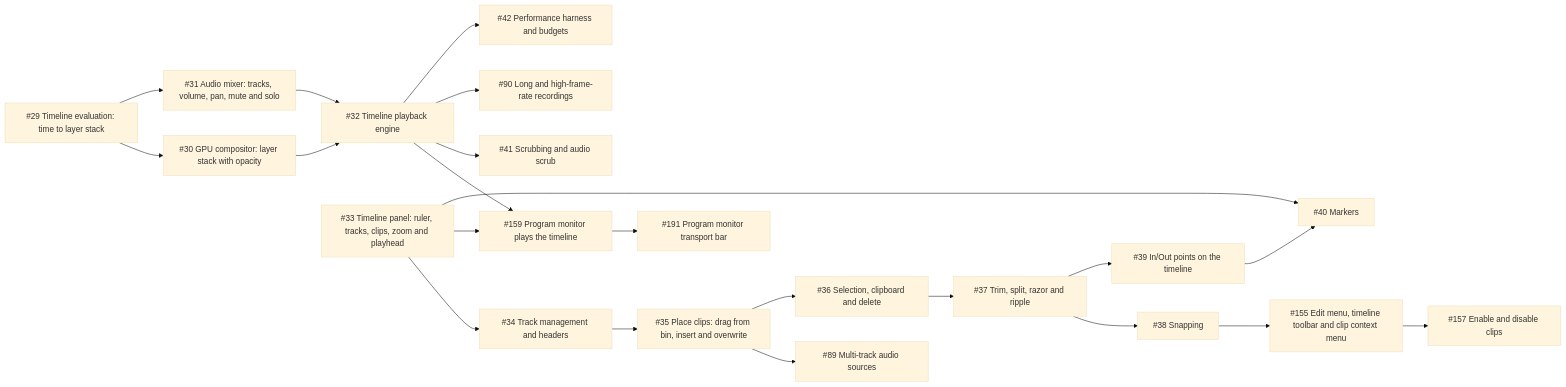
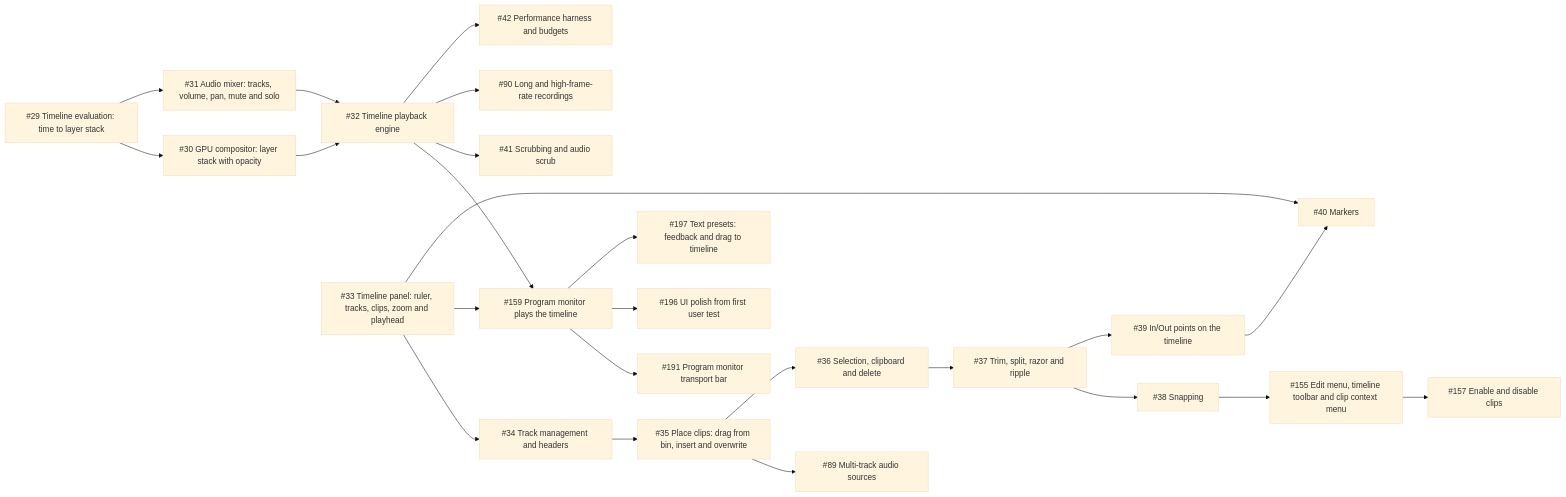
Before and after one commit to jarradbanks/jvid: the third of 7 diagrams in docs/ROADMAP.md, drawn with Mermaid (base theme). The commit also changed other lines of this file and 2 other files, not shown here.

Commit message:
Roadmap: UI polish and text-to-timeline from user test

````diff
--- a/docs/ROADMAP.md
+++ b/docs/ROADMAP.md
@@ -164,44 +164,48 @@
 ```mermaid
 flowchart LR
   eval["#35;29 Timeline evaluation: time to layer stack"]
   compositor["#35;30 GPU compositor: layer stack with opacity"]
   mixer["#35;31 Audio mixer: tracks, volume, pan, mute and solo"]
   playback["#35;32 Timeline playback engine"]
   timeline_widget["#35;33 Timeline panel: ruler, tracks, clips, zoom and playhead"]
   tracks["#35;34 Track management and headers"]
   place_clips["#35;35 Place clips: drag from bin, insert and overwrite"]
   multi_audio["#35;89 Multi-track audio sources"]
   select_clipboard["#35;36 Selection, clipboard and delete"]
   trim_split["#35;37 Trim, split, razor and ripple"]
   snapping["#35;38 Snapping"]
   edit_ui["#35;155 Edit menu, timeline toolbar and clip context menu"]
   clip_enable["#35;157 Enable and disable clips"]
   program_monitor["#35;159 Program monitor plays the timeline"]
   program_transport["#35;191 Program monitor transport bar"]
+  ui_polish_1["#35;196 UI polish from first user test"]
+  text_to_timeline["#35;197 Text presets: feedback and drag to timeline"]
   in_out["#35;39 In/Out points on the timeline"]
   markers["#35;40 Markers"]
   scrub["#35;41 Scrubbing and audio scrub"]
   long_hfr["#35;90 Long and high-frame-rate recordings"]
   perf_harness["#35;42 Performance harness and budgets"]
   eval --> compositor
   eval --> mixer
   compositor --> playback
   mixer --> playback
   timeline_widget --> tracks
   tracks --> place_clips
   place_clips --> multi_audio
   place_clips --> select_clipboard
   select_clipboard --> trim_split
   trim_split --> snapping
   snapping --> edit_ui
   edit_ui --> clip_enable
   playback --> program_monitor
   timeline_widget --> program_monitor
   program_monitor --> program_transport
+  program_monitor --> ui_polish_1
+  program_monitor --> text_to_timeline
   trim_split --> in_out
   timeline_widget --> markers
   in_out --> markers
   playback --> scrub
   playback --> long_hfr
   playback --> perf_harness
 ```
````
